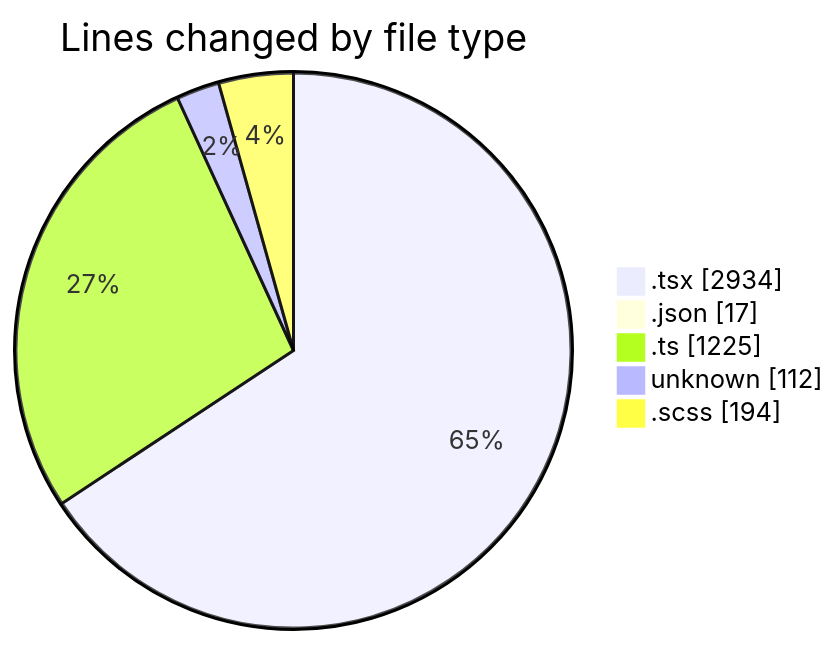
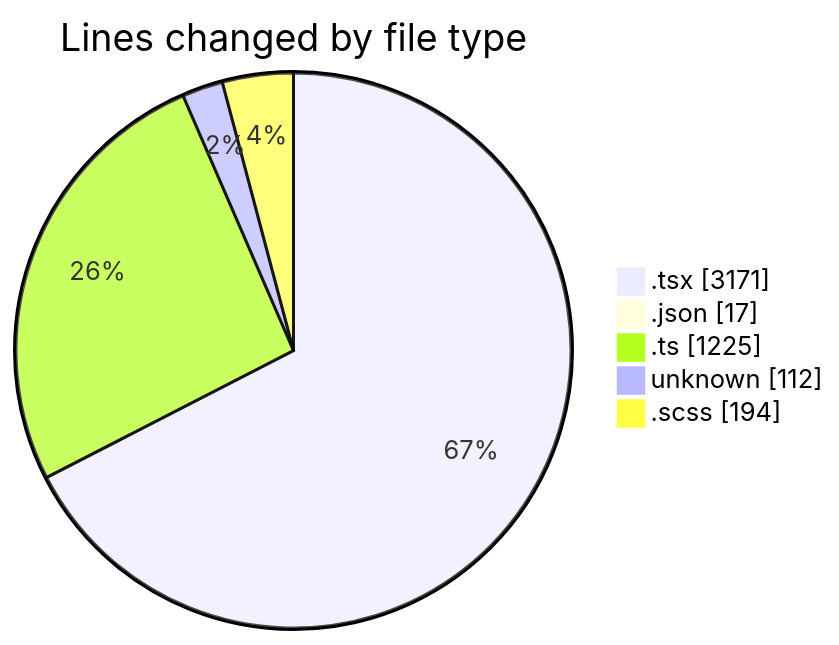
The first of 2 diagrams in 2026-04-30/cda/README.md (momahboobian/code-tracking), drawn with Mermaid before and after one commit. The commit also changed other lines of this file and 1 other file, not shown here.

````diff
--- a/2026-04-30/cda/README.md
+++ b/2026-04-30/cda/README.md
@@ -57,9 +58,9 @@
 ```mermaid
 pie showData
 title Lines changed by file type
-".tsx" : 2934
+".tsx" : 3171
 ".json" : 17
 ".ts" : 1225
 "unknown" : 112
 ".scss" : 194
 ```
````
